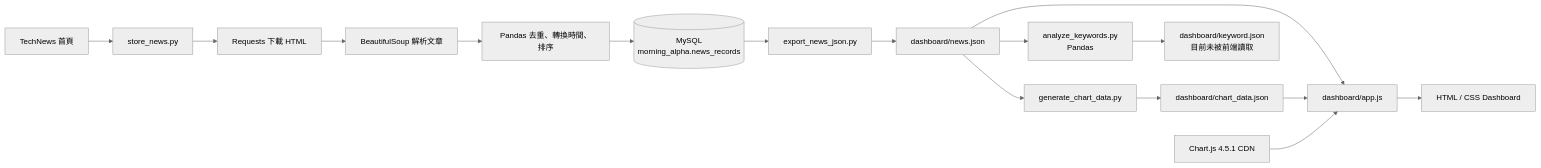
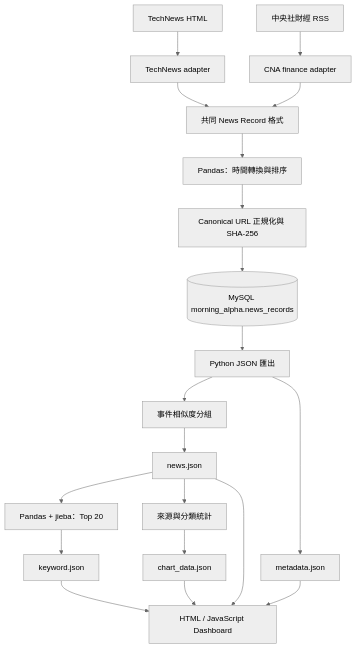
One commit to OllieHu12304/Morning-Alpha changed the diagram in docs/USER_GUIDE.md. Above: the diagram before and after it, drawn with Mermaid (neutral theme). The commit also changed other lines of this file and 1 other file, not shown here.

Commit message:
docs: update guide for data quality upgrade

````diff
--- a/docs/USER_GUIDE.md
+++ b/docs/USER_GUIDE.md
@@ -44,18 +44,22 @@
 ```mermaid
-flowchart LR
-    A["TechNews 首頁"] --> B["store_news.py"]
-    B --> C["Requests 下載 HTML"]
-    C --> D["BeautifulSoup 解析文章"]
-    D --> E["Pandas 去重、轉換時間、排序"]
-    E --> F[("MySQL<br/>morning_alpha.news_records")]
-    F --> G["export_news_json.py"]
-    G --> H["dashboard/news.json"]
-    H --> I["generate_chart_data.py"]
-    I --> J["dashboard/chart_data.json"]
-    H --> K["analyze_keywords.py<br/>Pandas"]
-    K --> L["dashboard/keyword.json<br/>目前未被前端讀取"]
-    H --> M["dashboard/app.js"]
-    J --> M
-    N["Chart.js 4.5.1 CDN"] --> M
-    M --> O["HTML / CSS Dashboard"]
+flowchart TD
+    A["TechNews HTML"] --> C["TechNews adapter"]
+    B["中央社財經 RSS"] --> D["CNA finance adapter"]
+    C --> E["共同 News Record 格式"]
+    D --> E
+    E --> F["Pandas：時間轉換與排序"]
+    F --> G["Canonical URL 正規化與 SHA-256"]
+    G --> H[("MySQL morning_alpha.news_records")]
+    H --> I["Python JSON 匯出"]
+    I --> J["事件相似度分組"]
+    J --> K["news.json"]
+    I --> L["metadata.json"]
+    K --> M["Pandas + jieba：Top 20"]
+    K --> N["來源與分類統計"]
+    M --> O["keyword.json"]
+    N --> P["chart_data.json"]
+    K --> Q["HTML / JavaScript Dashboard"]
+    L --> Q
+    O --> Q
+    P --> Q
 ```
````
